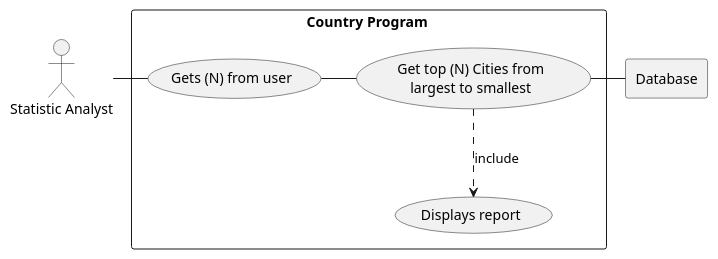
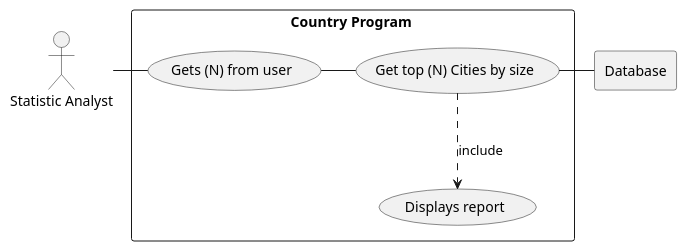
One commit to WezYoung/SEmethodsCoursework changed the diagram in use-cases/use-case-4-diagram.puml. Above: the diagram before and after it, drawn with PlantUML. The commit also changed 2 other files, not shown here.

Commit message:
Commit to update use-case-diagrams.

```diff
--- a/use-cases/use-case-4-diagram.puml
+++ b/use-cases/use-case-4-diagram.puml
@@ -1,23 +1,22 @@
 @startuml
 
 actor HR as "Statistic Analyst"
 
 rectangle Database
 
 rectangle "Country Program " {
 
 
     usecase UC1 as "Gets (N) from user"
 
-    usecase UC2 as "Get top (N) Cities from
-    largest to smallest"
+    usecase UC2 as "Get top (N) Cities by size"
 
     usecase UCa as "Displays report"
 
     HR - UC1
     UC1 - UC2
     UC2 ..> UCa : include
     UC2 - Database
 }
 
 @enduml
```
